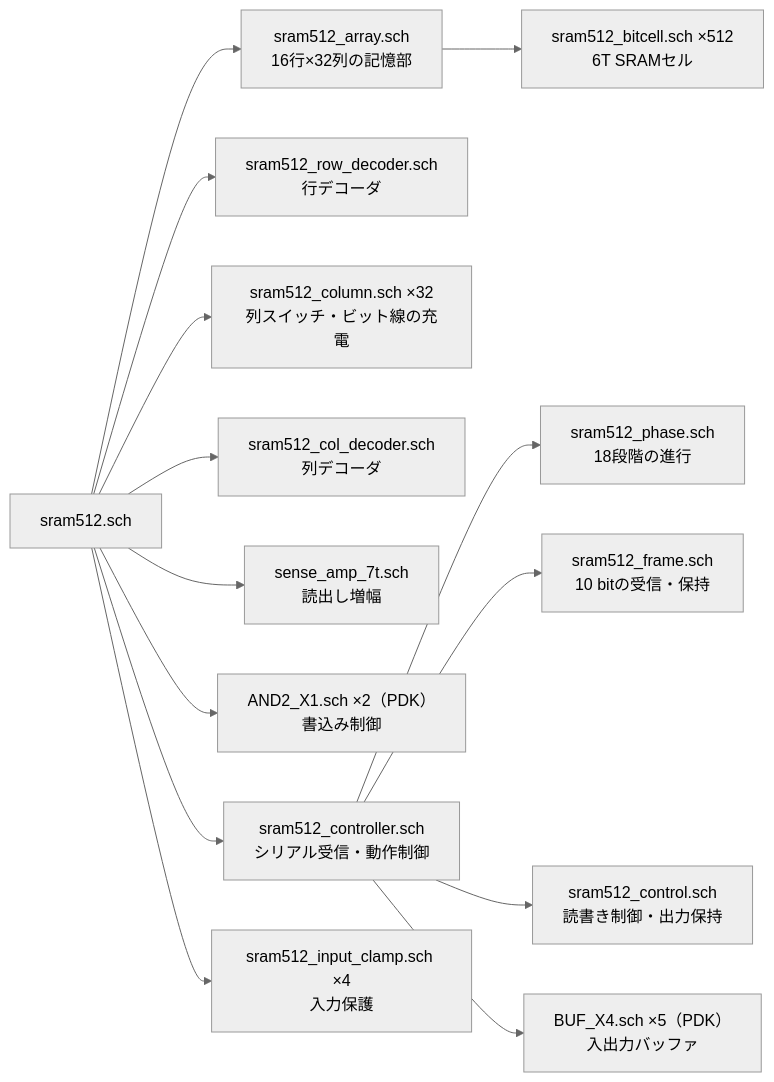
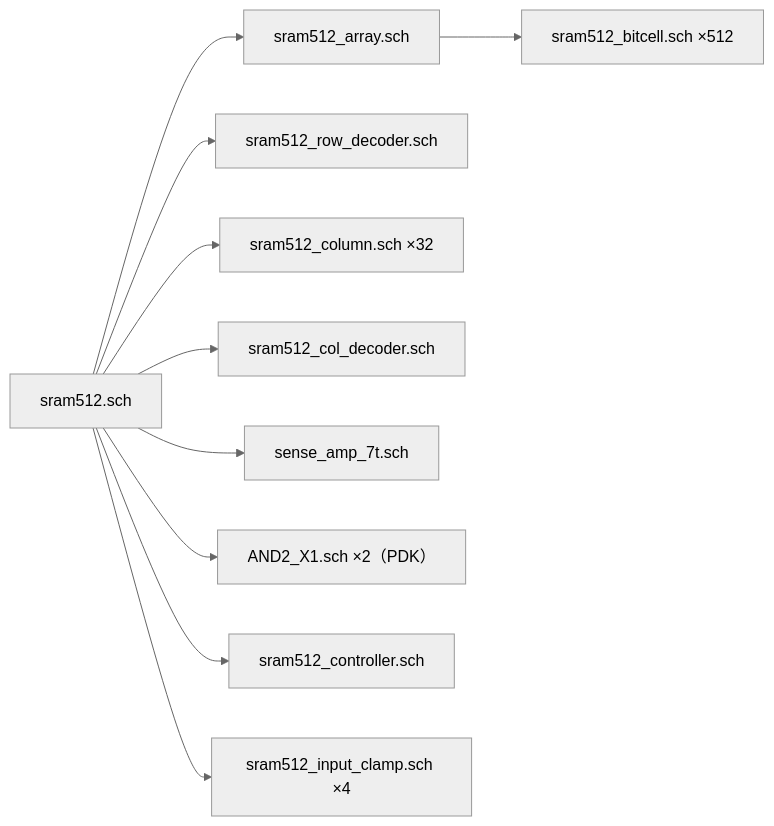
The first of 2 diagrams in sram512/SPEC.md (PenguinEino/opensusi-tr10-sram512), drawn with Mermaid (neutral theme) before and after one commit. The commit also changed other lines of this file and 4 other files, not shown here.

````diff
--- a/sram512/SPEC.md
+++ b/sram512/SPEC.md
@@ -82,17 +117,13 @@
 ```mermaid
 flowchart LR
     top["sram512.sch"]
-    top --> array["sram512_array.sch<br/>16行×32列の記憶部"]
-    array --> bitcell["sram512_bitcell.sch ×512<br/>6T SRAMセル"]
-    top --> row["sram512_row_decoder.sch<br/>行デコーダ"]
-    top --> column["sram512_column.sch ×32<br/>列スイッチ・ビット線の充電"]
-    top --> col["sram512_col_decoder.sch<br/>列デコーダ"]
-    top --> sense["sense_amp_7t.sch<br/>読出し増幅"]
-    top --> write["AND2_X1.sch ×2（PDK）<br/>書込み制御"]
-    top --> controller["sram512_controller.sch<br/>シリアル受信・動作制御"]
-    top --> clamp["sram512_input_clamp.sch ×4<br/>入力保護"]
-    controller --> phase["sram512_phase.sch<br/>18段階の進行"]
-    controller --> frame["sram512_frame.sch<br/>10 bitの受信・保持"]
-    controller --> control["sram512_control.sch<br/>読書き制御・出力保持"]
-    controller --> buffers["BUF_X4.sch ×5（PDK）<br/>入出力バッファ"]
+    top --> array["sram512_array.sch"]
+    array --> bitcell["sram512_bitcell.sch ×512"]
+    top --> row["sram512_row_decoder.sch"]
+    top --> column["sram512_column.sch ×32"]
+    top --> col["sram512_col_decoder.sch"]
+    top --> sense["sense_amp_7t.sch"]
+    top --> write["AND2_X1.sch ×2（PDK）"]
+    top --> controller["sram512_controller.sch"]
+    top --> clamp["sram512_input_clamp.sch ×4"]
 ```
````
